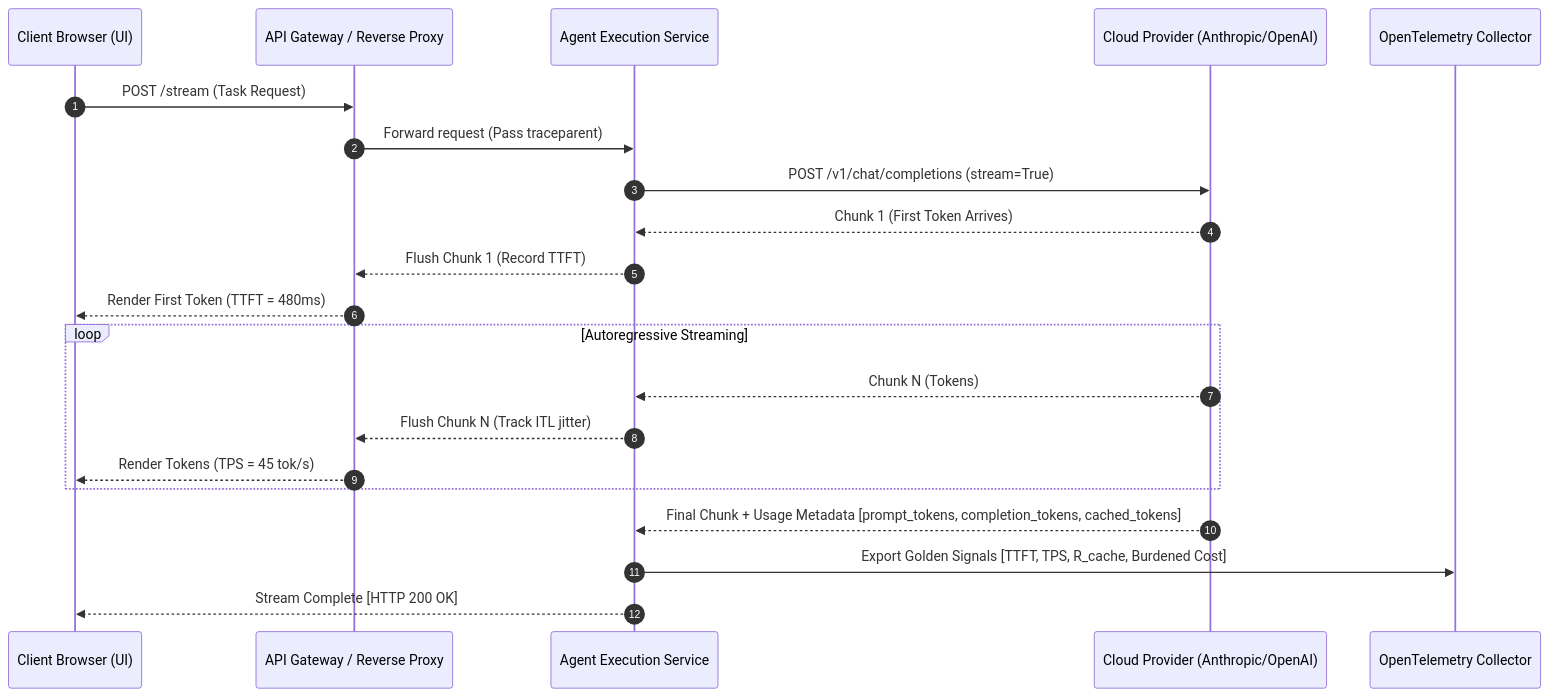
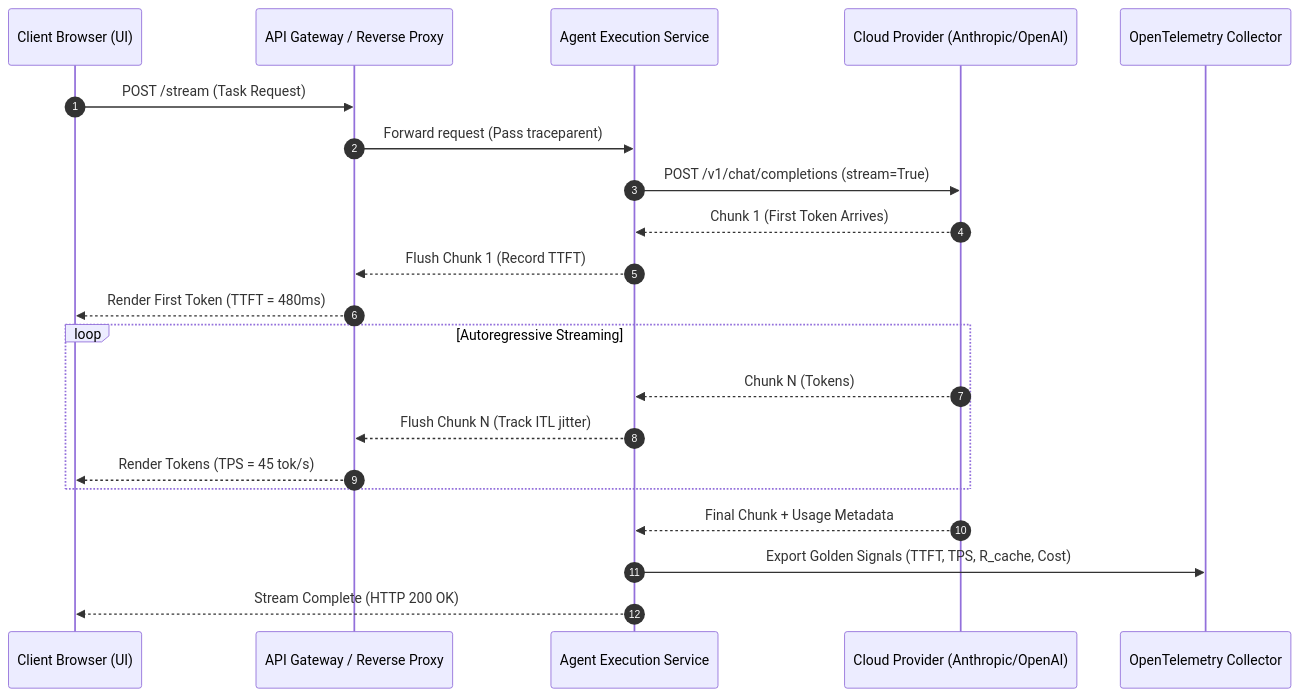
One commit to dip4k/senior-engineer-to-ai-engineer-roadmap changed the second of 2 diagrams in 06-evals-and-observability/06-telemetry-metrics-cost-governance-and-golden-signals.md. Above: the diagram before and after it, drawn with Mermaid. The commit also changed other lines of this file and 10 other files, not shown here.

````diff
--- a/06-evals-and-observability/06-telemetry-metrics-cost-governance-and-golden-signals.md
+++ b/06-evals-and-observability/06-telemetry-metrics-cost-governance-and-golden-signals.md
@@ -329,27 +345,27 @@
 ```mermaid
 sequenceDiagram
     autonumber
     participant Browser as Client Browser (UI)
     participant Gateway as API Gateway / Reverse Proxy
     participant Service as Agent Execution Service
     participant CloudLLM as Cloud Provider (Anthropic/OpenAI)
     participant OTel as OpenTelemetry Collector
 
     Browser->>Gateway: POST /stream (Task Request)
     Gateway->>Service: Forward request (Pass traceparent)
     Service->>CloudLLM: POST /v1/chat/completions (stream=True)
     
     CloudLLM-->>Service: Chunk 1 (First Token Arrives)
     Service-->>Gateway: Flush Chunk 1 (Record TTFT)
     Gateway-->>Browser: Render First Token (TTFT = 480ms)
     
     loop Autoregressive Streaming
         CloudLLM-->>Service: Chunk N (Tokens)
         Service-->>Gateway: Flush Chunk N (Track ITL jitter)
         Gateway-->>Browser: Render Tokens (TPS = 45 tok/s)
     end
 
-    CloudLLM-->>Service: Final Chunk + Usage Metadata [prompt_tokens, completion_tokens, cached_tokens]
-    Service->>OTel: Export Golden Signals [TTFT, TPS, R_cache, Burdened Cost]
-    Service-->>Browser: Stream Complete [HTTP 200 OK]
+    CloudLLM-->>Service: Final Chunk + Usage Metadata
+    Service->>OTel: Export Golden Signals (TTFT, TPS, R_cache, Cost)
+    Service-->>Browser: Stream Complete (HTTP 200 OK)
 ```
````
